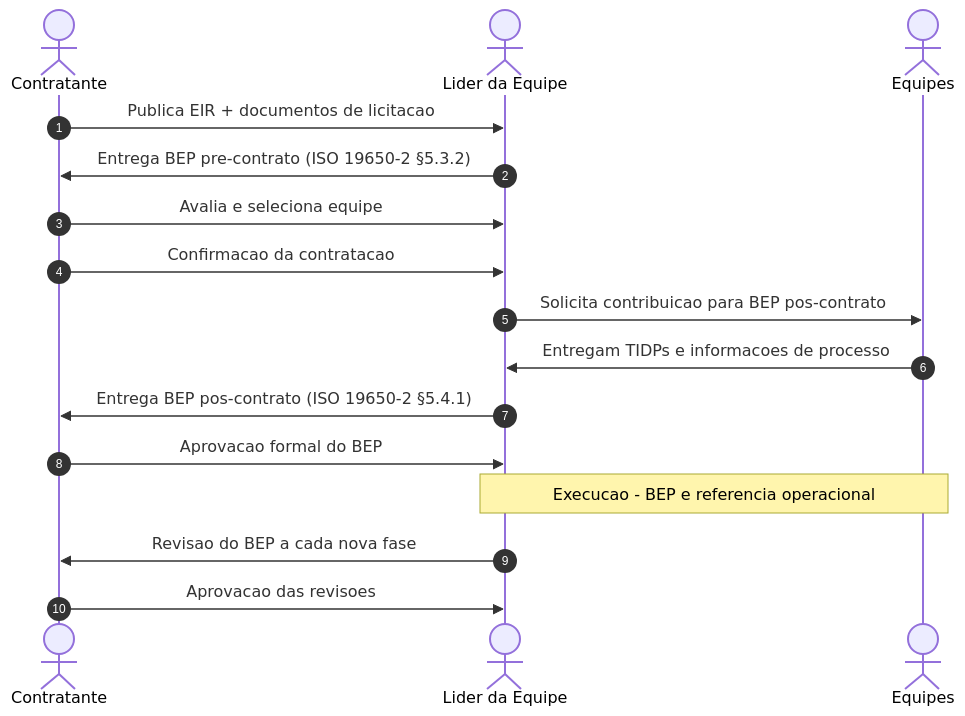
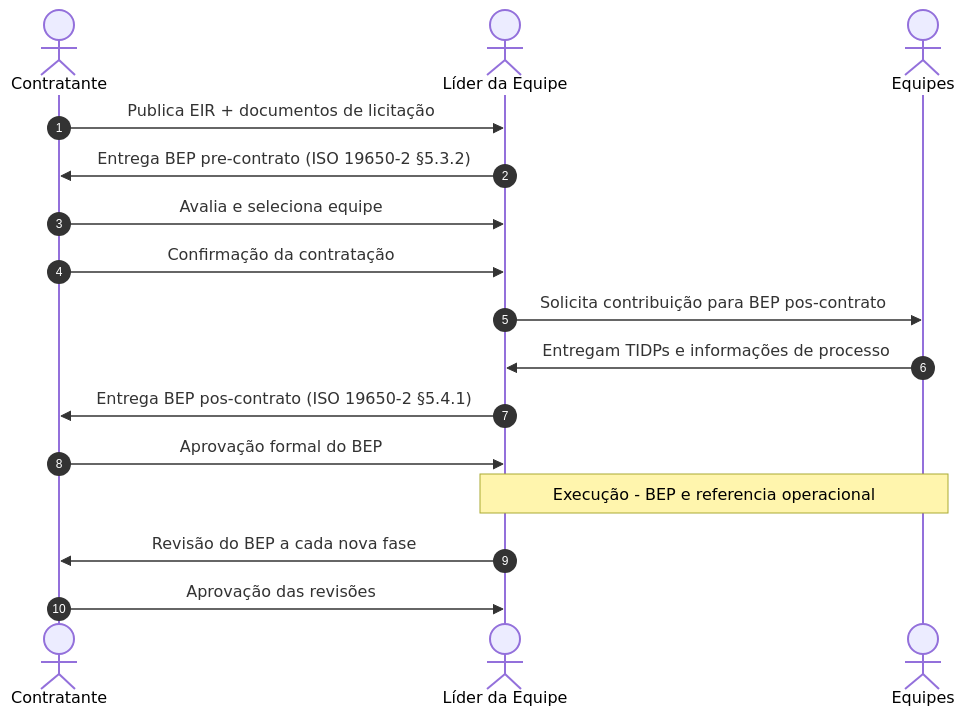
One commit to 255ribeiro/intro_ifc changed the sixth of 8 diagrams in docs/bep/bep-bim-material.md. Above: the diagram before and after it, drawn with Mermaid. The commit also changed other lines of this file, not shown here.

Commit message:
revisão textual

````diff
--- a/docs/bep/bep-bim-material.md
+++ b/docs/bep/bep-bim-material.md
@@ -451,19 +451,19 @@
 ```mermaid
 sequenceDiagram
     autonumber
     actor CP as Contratante
-    actor LE as Lider da Equipe
+    actor LE as Líder da Equipe
     actor EQ as Equipes
 
-    CP->>LE: Publica EIR + documentos de licitacao
+    CP->>LE: Publica EIR + documentos de licitação
     LE->>CP: Entrega BEP pre-contrato (ISO 19650-2 §5.3.2)
     CP->>LE: Avalia e seleciona equipe
-    CP->>LE: Confirmacao da contratacao
-    LE->>EQ: Solicita contribuicao para BEP pos-contrato
-    EQ->>LE: Entregam TIDPs e informacoes de processo
+    CP->>LE: Confirmação da contratação
+    LE->>EQ: Solicita contribuição para BEP pos-contrato
+    EQ->>LE: Entregam TIDPs e informações de processo
     LE->>CP: Entrega BEP pos-contrato (ISO 19650-2 §5.4.1)
-    CP->>LE: Aprovacao formal do BEP
-    Note over LE,EQ: Execucao - BEP e referencia operacional
-    LE->>CP: Revisao do BEP a cada nova fase
-    CP->>LE: Aprovacao das revisoes
+    CP->>LE: Aprovação formal do BEP
+    Note over LE,EQ: Execução - BEP e referencia operacional
+    LE->>CP: Revisão do BEP a cada nova fase
+    CP->>LE: Aprovação das revisões
 ```
````
